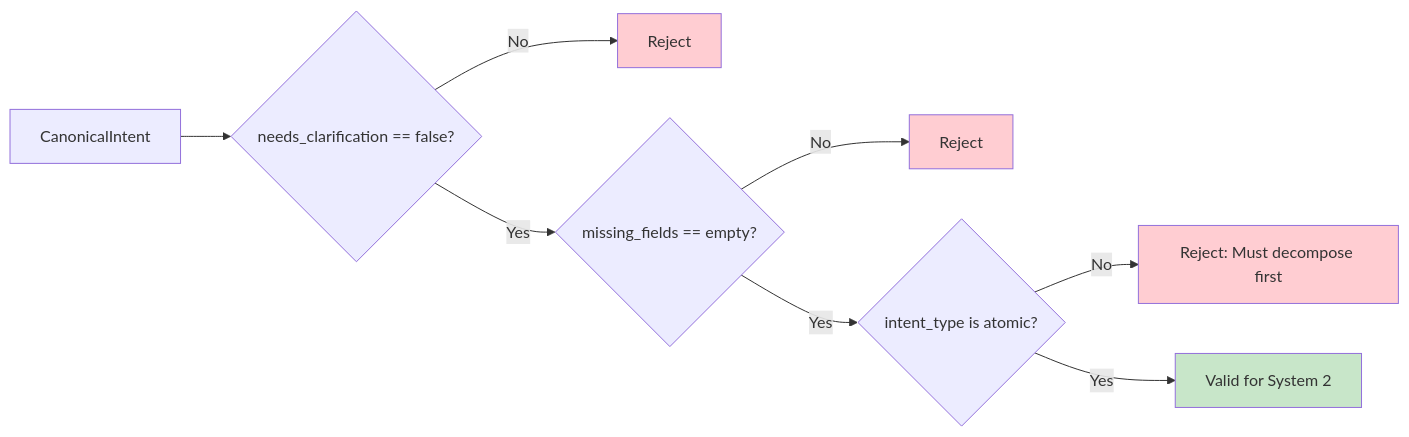
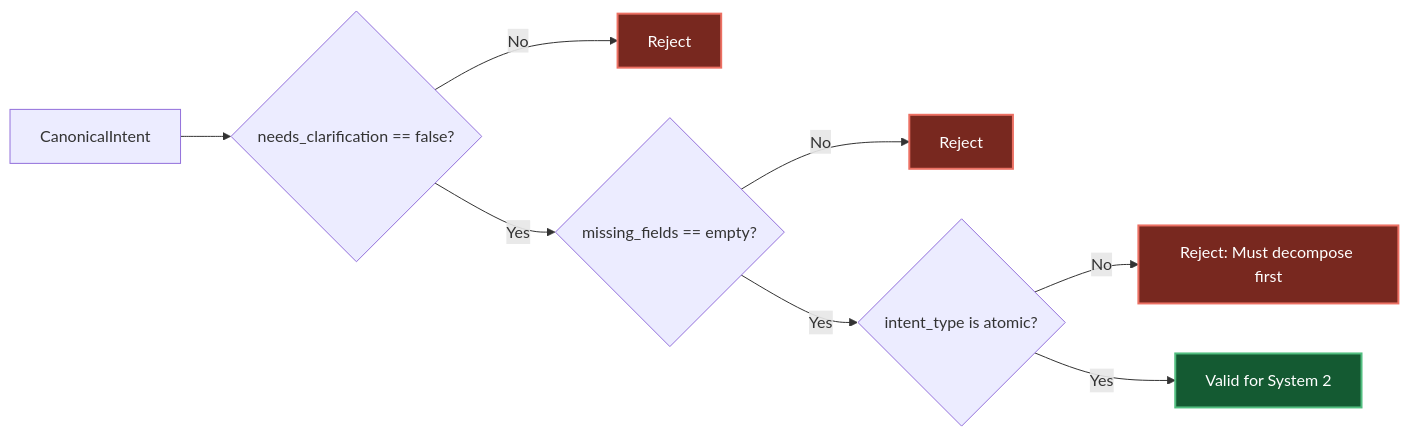
Before and after one commit to sumit-s-nair/contAIner: the seventh of 7 diagrams in docs/ARCHITECTURE_DIAGRAM.md, drawn with Mermaid. The commit also changed other lines of this file and 2 other files, not shown here.

Commit message:
docs: update architecture diagrams with new color scheme

````diff
--- a/docs/ARCHITECTURE_DIAGRAM.md
+++ b/docs/ARCHITECTURE_DIAGRAM.md
@@ -253,15 +253,15 @@
 ```mermaid
 flowchart LR
     Intent["CanonicalIntent"] --> Check1{"needs_clarification == false?"}
     Check1 -->|"No"| Reject1["Reject"]
     Check1 -->|"Yes"| Check2{"missing_fields == empty?"}
     Check2 -->|"No"| Reject2["Reject"]
     Check2 -->|"Yes"| Check3{"intent_type is atomic?"}
     Check3 -->|"No"| Reject3["Reject: Must decompose first"]
     Check3 -->|"Yes"| Accept["Valid for System 2"]
     
-    style Accept fill:#c8e6c9
-    style Reject1 fill:#ffcdd2
-    style Reject2 fill:#ffcdd2
-    style Reject3 fill:#ffcdd2
+    style Accept fill:#145a32,stroke:#52be80,stroke-width:2px,color:#fff
+    style Reject1 fill:#78281f,stroke:#ec7063,stroke-width:2px,color:#fff
+    style Reject2 fill:#78281f,stroke:#ec7063,stroke-width:2px,color:#fff
+    style Reject3 fill:#78281f,stroke:#ec7063,stroke-width:2px,color:#fff
 ```
````
